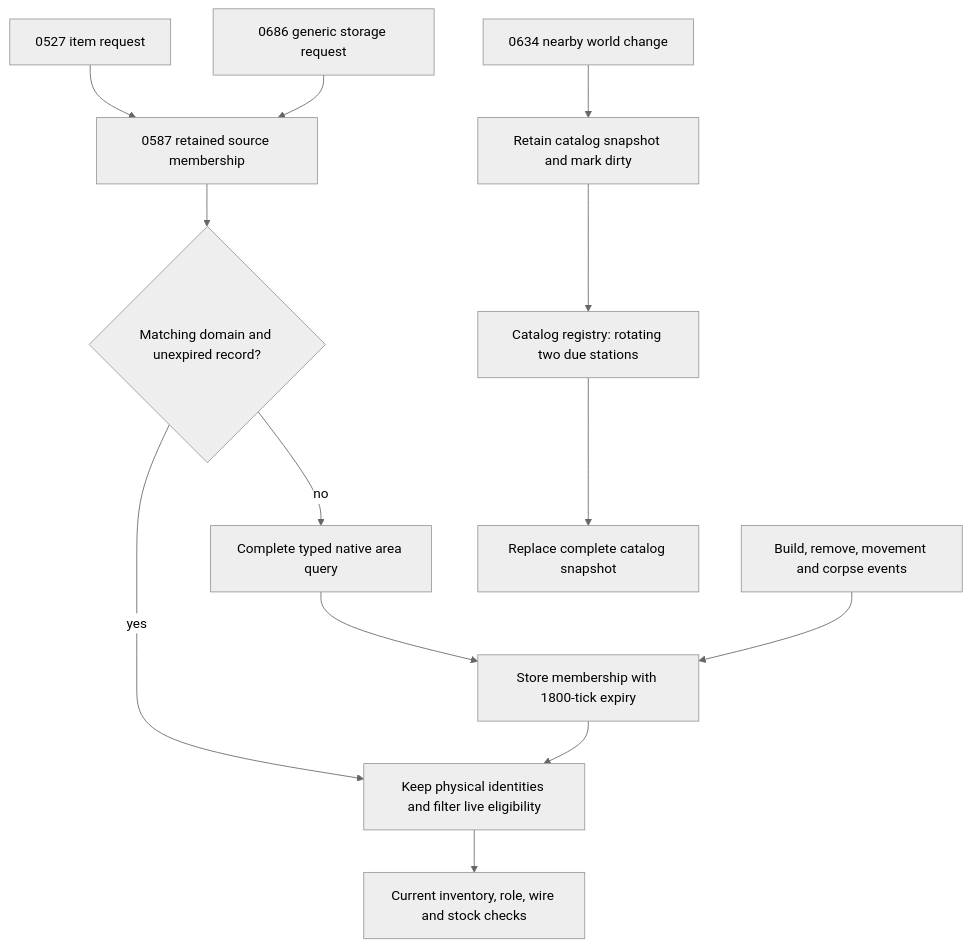
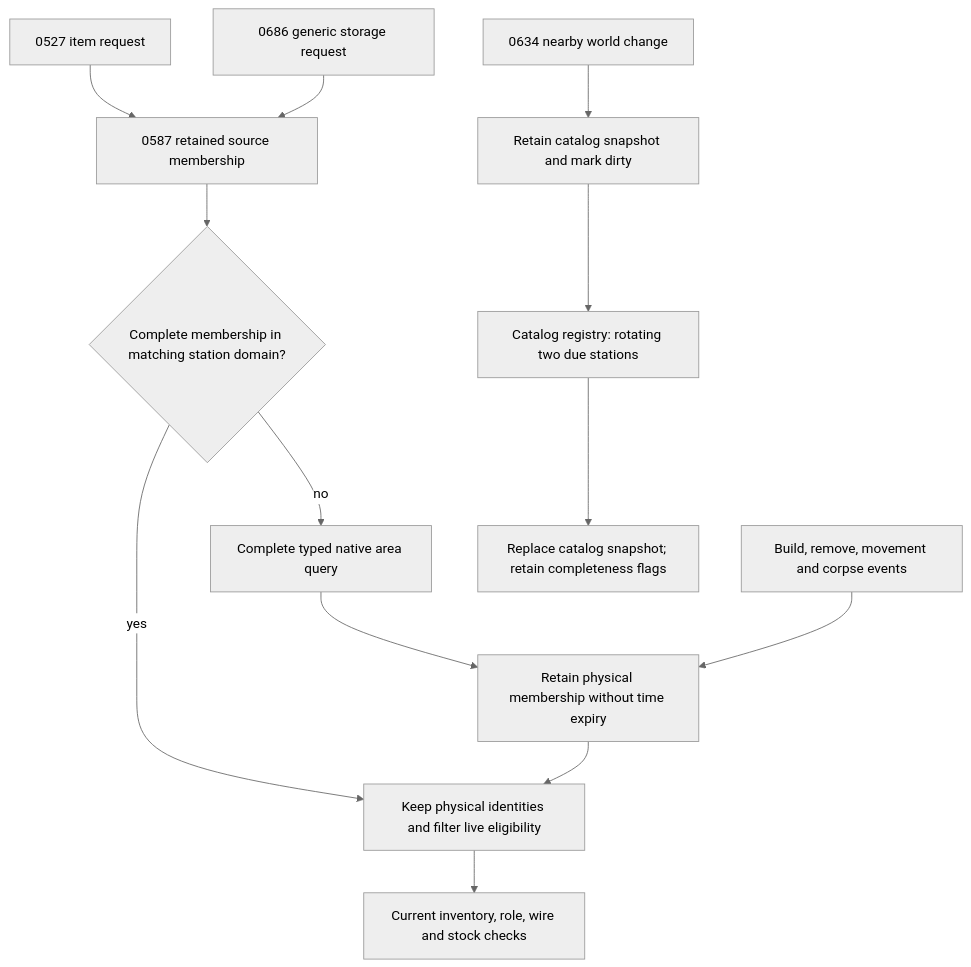
Before and after one commit to mrcalzon02/Tech-Priests: the third of 3 diagrams in docs/BEHAVIOR_MERMAID_FUNCTION_DRILLDOWN_0661.md, drawn with Mermaid (neutral theme). The commit also changed other lines of this file and 31 other files, not shown here.

````diff
--- a/docs/BEHAVIOR_MERMAID_FUNCTION_DRILLDOWN_0661.md
+++ b/docs/BEHAVIOR_MERMAID_FUNCTION_DRILLDOWN_0661.md
@@ -67,15 +67,15 @@
 ```mermaid
 flowchart TD
     Fetch["0527 item request"] --> Membership["0587 retained source membership"]
     Storage["0686 generic storage request"] --> Membership
-    Membership --> Valid{"Matching domain and unexpired record?"}
+    Membership --> Valid{"Complete membership in matching station domain?"}
     Valid -->|"yes"| View["Keep physical identities and filter live eligibility"]
     Valid -->|"no"| Query["Complete typed native area query"]
-    Query --> Record["Store membership with 1800-tick expiry"]
+    Query --> Record["Retain physical membership without time expiry"]
     Record --> View
     Events["Build, remove, movement and corpse events"] --> Record
     View --> Live["Current inventory, role, wire and stock checks"]
     Changes["0634 nearby world change"] --> Dirty["Retain catalog snapshot and mark dirty"]
     Dirty --> Scan["Catalog registry: rotating two due stations"]
-    Scan --> Snapshot["Replace complete catalog snapshot"]
+    Scan --> Snapshot["Replace catalog snapshot; retain completeness flags"]
 ```
````
